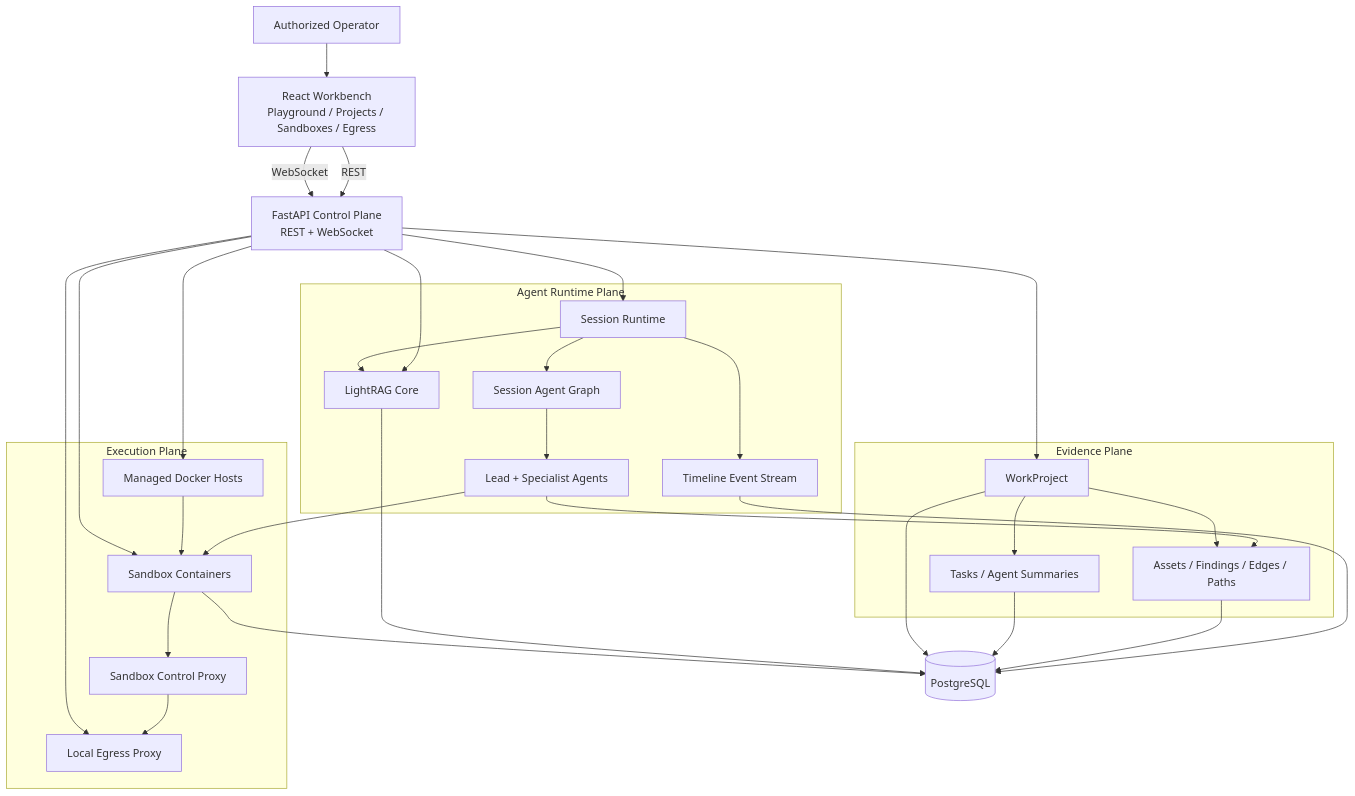
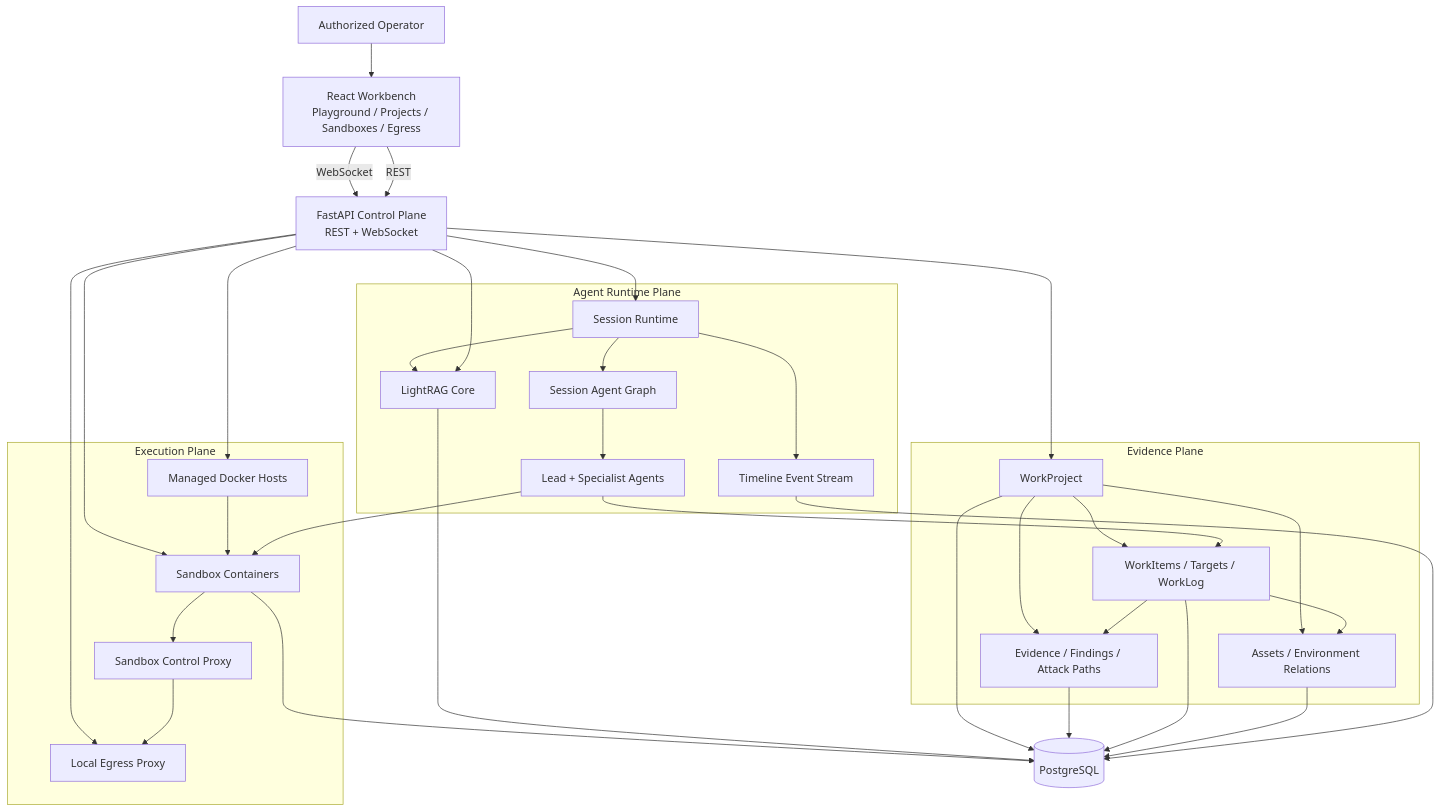
Before and after one commit to MolTau9527/Z3r0: the first of 4 diagrams in README.md, drawn with Mermaid. The commit also changed other lines of this file and 113 other files, not shown here.

Commit message:
feat: Add graph-driven WorkProject orchestration and evidence-backed red team workflows

````diff
--- a/README.md
+++ b/README.md
@@ -41,52 +41,57 @@
 ```mermaid
 flowchart TB
   Operator["Authorized Operator"]
   Workbench["React Workbench<br/>Playground / Projects / Sandboxes / Egress"]
   API["FastAPI Control Plane<br/>REST + WebSocket"]
 
   subgraph Runtime["Agent Runtime Plane"]
     Session["Session Runtime"]
     Graph["Session Agent Graph"]
     Team["Lead + Specialist Agents"]
     RAG["LightRAG Core"]
     Timeline["Timeline Event Stream"]
   end
 
   subgraph Evidence["Evidence Plane"]
     Project["WorkProject"]
-    Records["Assets / Findings / Edges / Paths"]
-    Tasks["Tasks / Agent Summaries"]
+    GraphData["Assets / Environment Relations"]
+    Workflow["WorkItems / Targets / WorkLog"]
+    Conclusions["Evidence / Findings / Attack Paths"]
   end
 
   subgraph Execution["Execution Plane"]
     Hosts["Managed Docker Hosts"]
     Containers["Sandbox Containers"]
     ControlProxy["Sandbox Control Proxy"]
     Egress["Local Egress Proxy"]
   end
 
   Store[("PostgreSQL")]
 
   Operator --> Workbench
   Workbench -->|REST| API
   Workbench -->|WebSocket| API
   API --> Session --> Graph --> Team
   API --> RAG
   Session --> RAG
-  Team --> Records
+  Team --> Workflow
+  Workflow --> GraphData
+  Workflow --> Conclusions
   Team --> Containers
   Session --> Timeline
-  Project --> Records
-  Project --> Tasks
+  Project --> GraphData
+  Project --> Workflow
+  Project --> Conclusions
   Hosts --> Containers --> ControlProxy --> Egress
   API --> Project
   API --> Hosts
   API --> Containers
   API --> Egress
   Timeline --> Store
-  Records --> Store
-  Tasks --> Store
+  GraphData --> Store
+  Workflow --> Store
+  Conclusions --> Store
   Project --> Store
   Containers --> Store
   RAG --> Store
 ```
````
